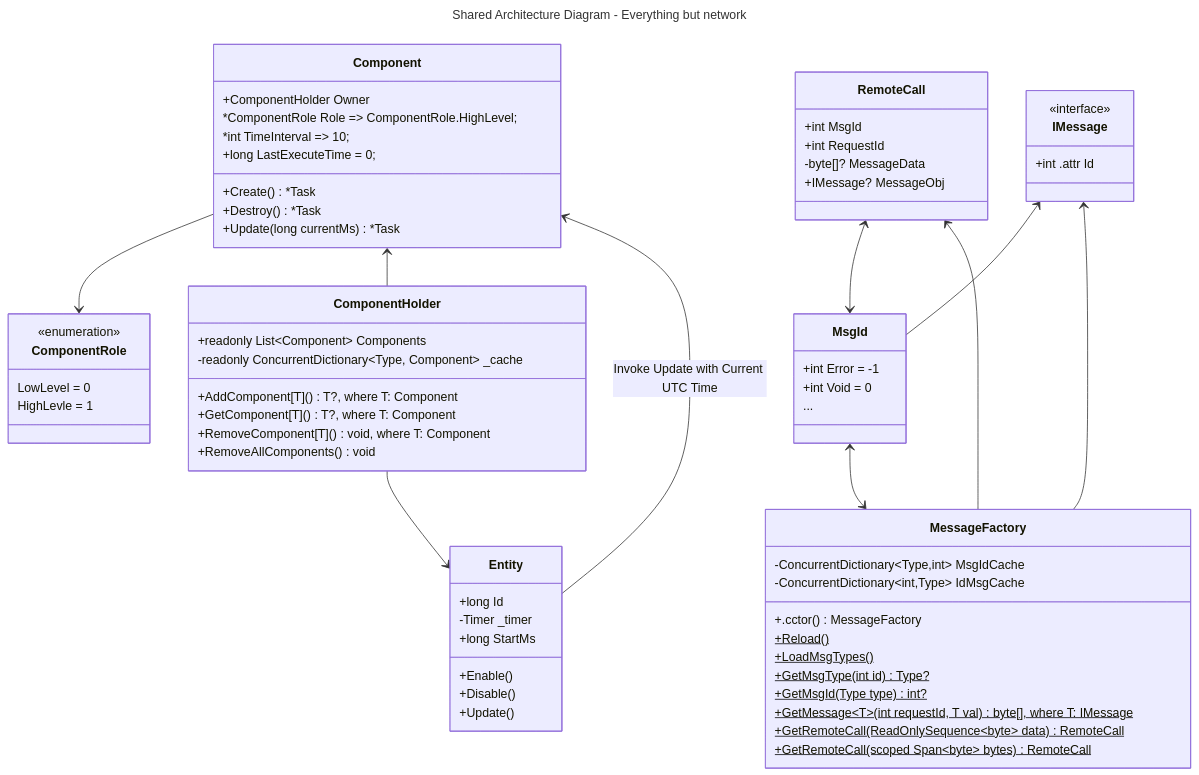
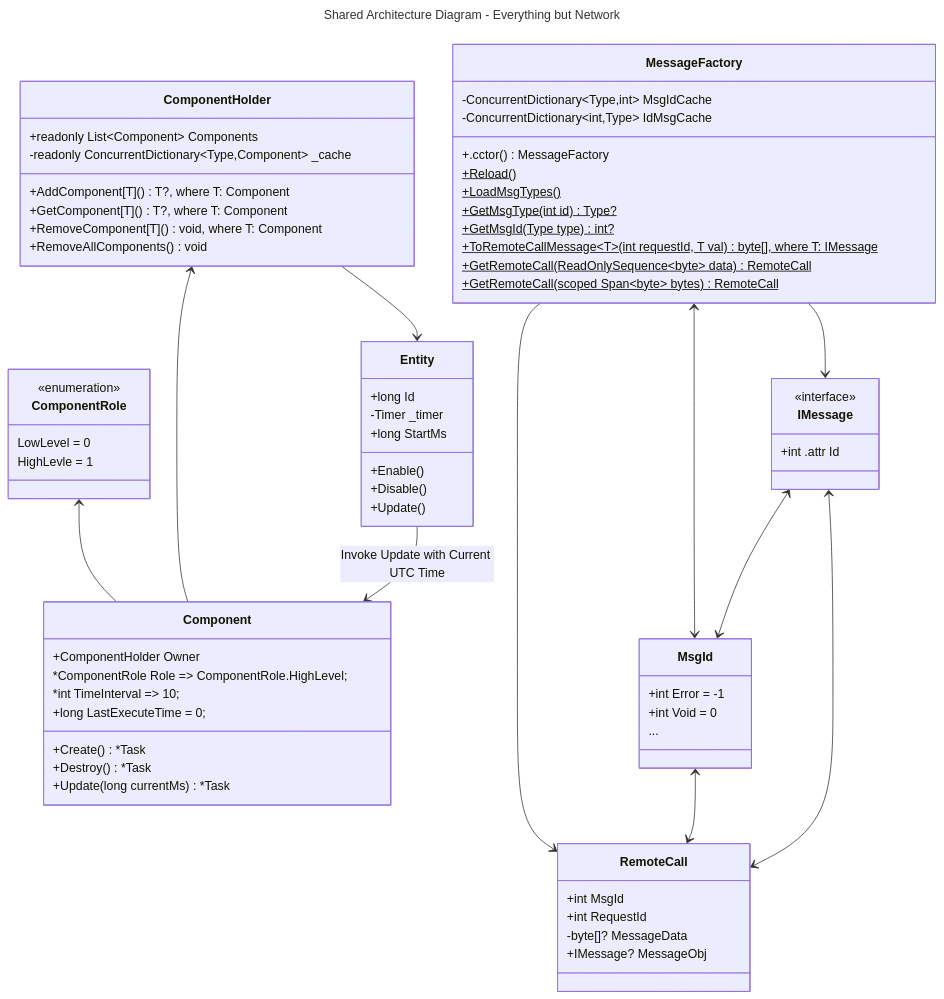
One commit to JasonXuDeveloper/DaServer changed the first of 3 diagrams in README.md. Above: the diagram before and after it, drawn with Mermaid. The commit also changed other lines of this file and 14 other files, not shown here.

````diff
--- a/README.md
+++ b/README.md
@@ -9,72 +9,73 @@
 ```mermaid
 ---
-title: Shared Architecture Diagram - Everything but network
+title: Shared Architecture Diagram - Everything but Network
 ---
 classDiagram
     class ComponentRole{
         <<enumeration>>
         LowLevel = 0
         HighLevle = 1
     }
     class Component{
-    +ComponentHolder Owner
-    *ComponentRole Role => ComponentRole.HighLevel;
-    *int TimeInterval => 10;
-    +long LastExecuteTime = 0;
-    +Create() *Task
-    +Destroy() *Task
-    +Update(long currentMs) *Task
+        +ComponentHolder Owner
+        *ComponentRole Role => ComponentRole.HighLevel;
+        *int TimeInterval => 10;
+        +long LastExecuteTime = 0;
+        +Create() *Task
+        +Destroy() *Task
+        +Update(long currentMs) *Task
     }
-    Component --> ComponentRole
+    ComponentRole <-- Component
     class ComponentHolder{
         +readonly List~Component~ Components
-        -readonly ConcurrentDictionary~Type, Component~ _cache
+        -readonly ConcurrentDictionary~Type,Component~ _cache
         +AddComponent[T]() T?, where T: Component
         +GetComponent[T]() T?, where T: Component
         +RemoveComponent[T]() void, where T: Component
         +RemoveAllComponents() void
     }
-    Component <-- ComponentHolder
+    ComponentHolder <-- Component
     class Entity{
         +long Id
         -Timer _timer
         +long StartMs
         +Enable()
         +Disable()
         +Update()
     }
     ComponentHolder --> Entity
     Entity  --> Component : Invoke Update with Current UTC Time
     class RemoteCall{
         +int MsgId
         +int RequestId
         -byte[]? MessageData
         +IMessage? MessageObj
     }
     class IMessage{
         <<interface>>
         +int .attr Id
     }
     class MsgId{
         +int Error = -1
         +int Void = 0
         ...
     }
-    RemoteCall <--> MsgId
-    IMessage <-- MsgId
-    IMessage <-- MessageFactory
-    RemoteCall <-- MessageFactory
+    MessageFactory --> IMessage
+    MessageFactory --> RemoteCall 
+    MessageFactory <--> MsgId
+    IMessage <--> MsgId
+    MsgId <--> RemoteCall
+    IMessage <-->RemoteCall
     class MessageFactory{
         -ConcurrentDictionary~Type,int~ MsgIdCache
         -ConcurrentDictionary~int,Type~ IdMsgCache
         +.cctor() MessageFactory
         +Reload()$
         +LoadMsgTypes()$
         +GetMsgType(int id)$ Type?
         +GetMsgId(Type type)$ int?
-        +GetMessage~T~(int requestId, T val)$ byte[], where T: IMessage
+        +ToRemoteCallMessage~T~(int requestId, T val)$ byte[], where T: IMessage
         +GetRemoteCall(ReadOnlySequence~byte~ data)$ RemoteCall
         +GetRemoteCall(scoped Span~byte~ bytes)$ RemoteCall
     }
-    MsgId <--> MessageFactory
 ```
````
